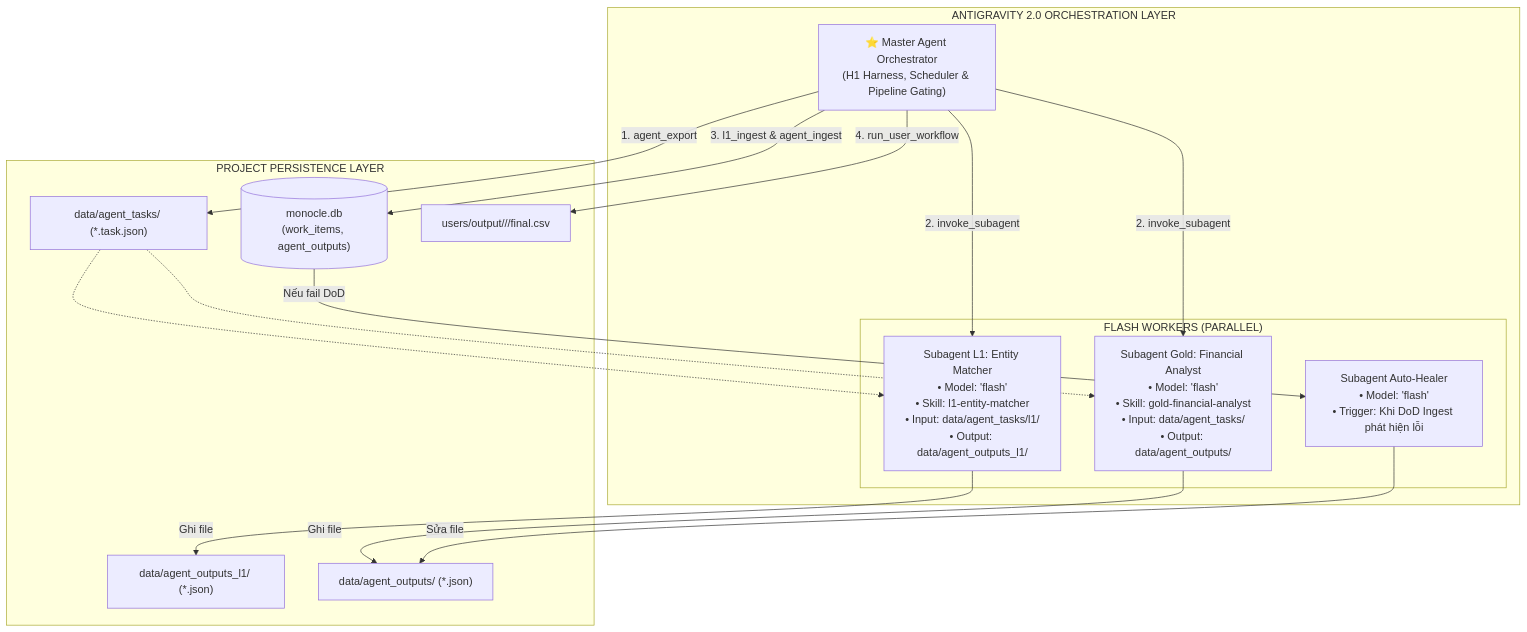
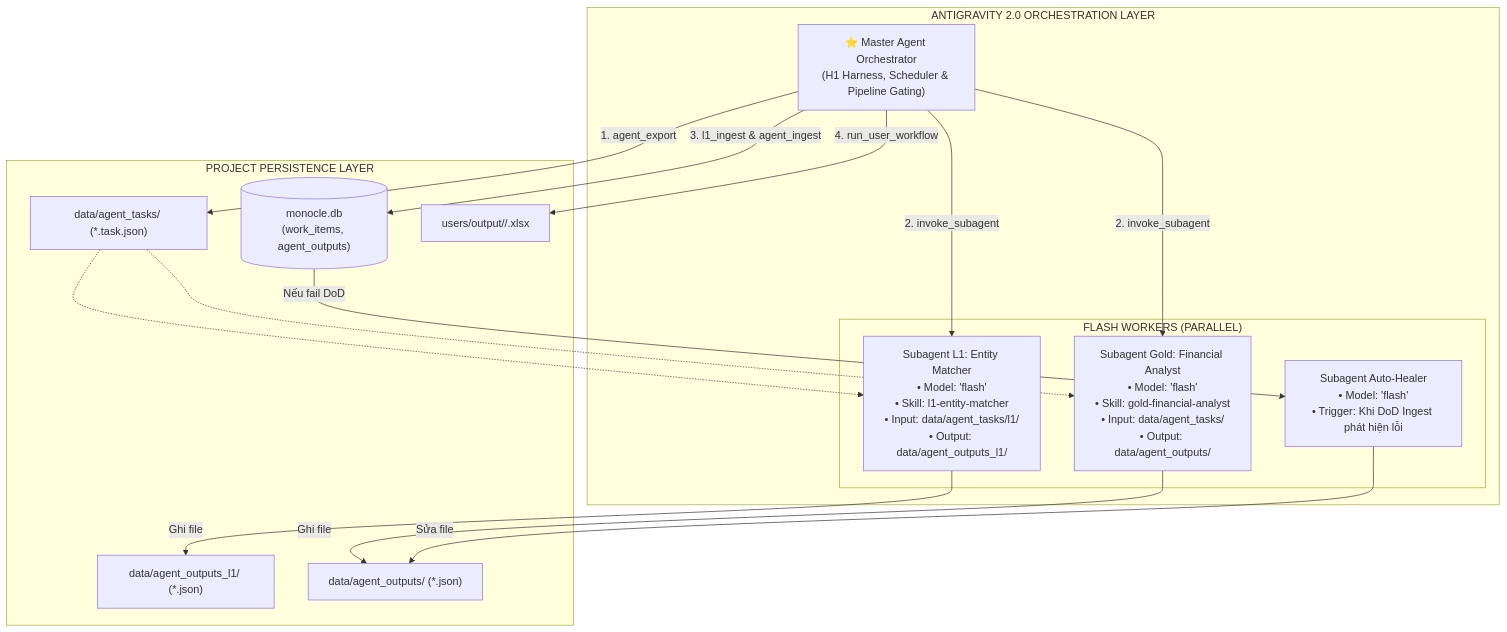
The diagram in project/docs/design/15-antigravity-multi-agent-orchestration.md (Tuanan172-py/fts-news-scape), drawn with Mermaid before and after one commit. The commit also changed other lines of this file and 59 other files, not shown here.

````diff
--- a/project/docs/design/15-antigravity-multi-agent-orchestration.md
+++ b/project/docs/design/15-antigravity-multi-agent-orchestration.md
@@ -26,36 +26,36 @@
 ```mermaid
 flowchart TD
     subgraph ORCHESTRATION["ANTIGRAVITY 2.0 ORCHESTRATION LAYER"]
         MASTER["⭐ Master Agent Orchestrator<br/>(H1 Harness, Scheduler & Pipeline Gating)"]
         
         subgraph WORKERS["FLASH WORKERS (PARALLEL)"]
             L1["Subagent L1: Entity Matcher<br/>• Model: 'flash'<br/>• Skill: l1-entity-matcher<br/>• Input: data/agent_tasks/l1/<br/>• Output: data/agent_outputs_l1/"]
             GOLD["Subagent Gold: Financial Analyst<br/>• Model: 'flash'<br/>• Skill: gold-financial-analyst<br/>• Input: data/agent_tasks/<br/>• Output: data/agent_outputs/"]
             HEALER["Subagent Auto-Healer<br/>• Model: 'flash'<br/>• Trigger: Khi DoD Ingest phát hiện lỗi"]
         end
     end
 
     subgraph STORAGE["PROJECT PERSISTENCE LAYER"]
         TASKS["data/agent_tasks/ (*.task.json)"]
         OUT_L1["data/agent_outputs_l1/ (*.json)"]
         OUT_GOLD["data/agent_outputs/ (*.json)"]
         DB[("monocle.db<br/>(work_items, agent_outputs)")]
-        USER_CSV["users/output/<user>/<date>/final.csv"]
+        USER_CSV["users/output/<user>/<date>.xlsx"]
     end
 
     MASTER -->|1. agent_export| TASKS
     MASTER -->|2. invoke_subagent| L1
     MASTER -->|2. invoke_subagent| GOLD
     
     TASKS -.-> L1
     TASKS -.-> GOLD
     
     L1 -->|Ghi file| OUT_L1
     GOLD -->|Ghi file| OUT_GOLD
     
     MASTER -->|3. l1_ingest & agent_ingest| DB
     DB -->|Nếu fail DoD| HEALER
     HEALER -->|Sửa file| OUT_GOLD
     
     MASTER -->|4. run_user_workflow| USER_CSV
 ```
````
